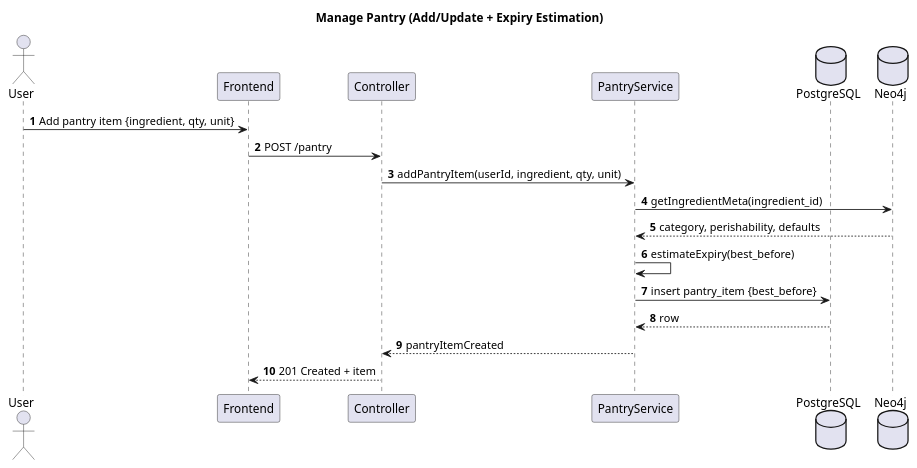
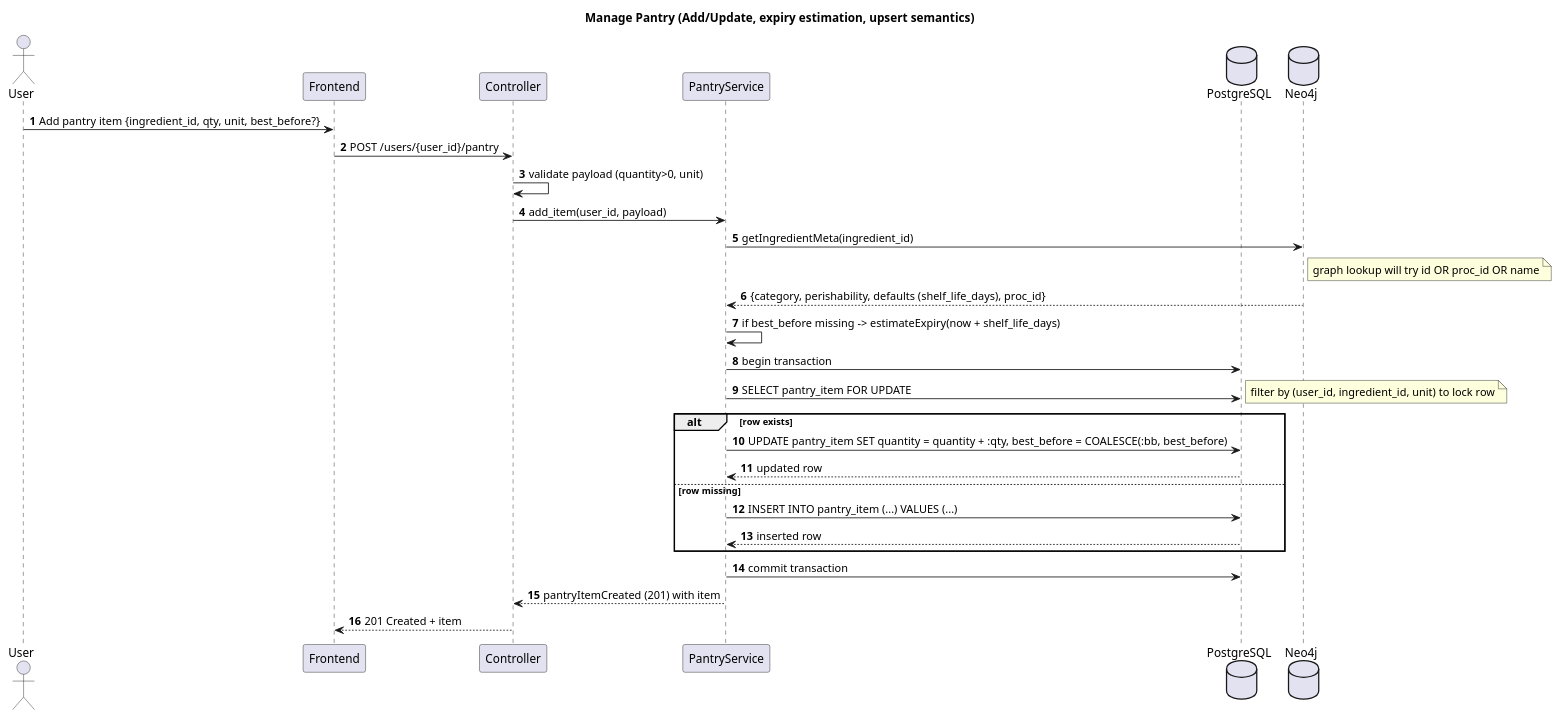
Before and after one commit to ErlisaLokaj/SmartMeal: the second of 10 diagrams in diagram/UsesCases.puml, drawn with PlantUML. The commit also changed other lines of this file and 21 other files, not shown here.

```diff
--- a/diagram/UsesCases.puml
+++ b/diagram/UsesCases.puml
@@ -45,23 +68,36 @@
 @startuml Manage Pantry
-title Manage Pantry (Add/Update + Expiry Estimation)
+title Manage Pantry (Add/Update, expiry estimation, upsert semantics)
 autonumber
 actor User
 participant "Frontend" as FE
 participant "Controller" as C
 participant "PantryService" as P
 database "PostgreSQL" as PG
 database "Neo4j" as NJ
 
-User -> FE: Add pantry item {ingredient, qty, unit}
-FE -> C: POST /pantry
-C -> P: addPantryItem(userId, ingredient, qty, unit)
+User -> FE: Add pantry item {ingredient_id, qty, unit, best_before?}
+FE -> C: POST /users/{user_id}/pantry
+C -> C: validate payload (quantity>0, unit)
+C -> P: add_item(user_id, payload)
 
 P -> NJ: getIngredientMeta(ingredient_id)
-NJ --> P: category, perishability, defaults
-P -> P: estimateExpiry(best_before)
-P -> PG: insert pantry_item {best_before}
-PG --> P: row
+note right of NJ: graph lookup will try id OR proc_id OR name
+NJ --> P: {category, perishability, defaults (shelf_life_days), proc_id}
 
-P --> C: pantryItemCreated
+P -> P: if best_before missing -> estimateExpiry(now + shelf_life_days)
+
+P -> PG: begin transaction
+P -> PG: SELECT pantry_item FOR UPDATE
+note right: filter by (user_id, ingredient_id, unit) to lock row
+alt row exists
+  P -> PG: UPDATE pantry_item SET quantity = quantity + :qty, best_before = COALESCE(:bb, best_before)
+  PG --> P: updated row
+else row missing
+  P -> PG: INSERT INTO pantry_item (...) VALUES (...)
+  PG --> P: inserted row
+end
+P -> PG: commit transaction
+
+P --> C: pantryItemCreated (201) with item
 C --> FE: 201 Created + item
 @enduml
```
